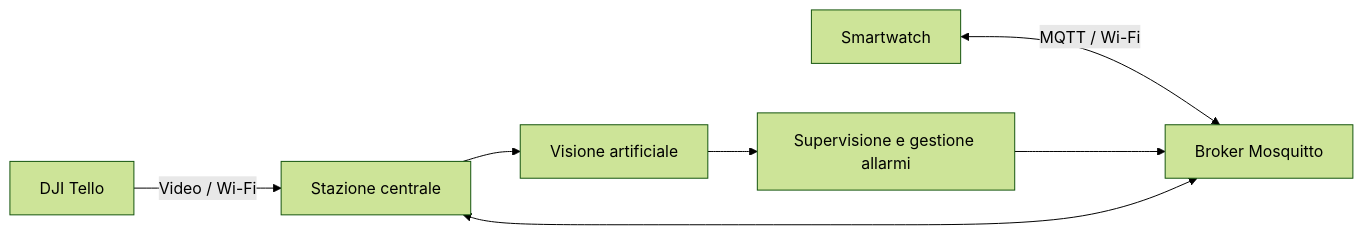
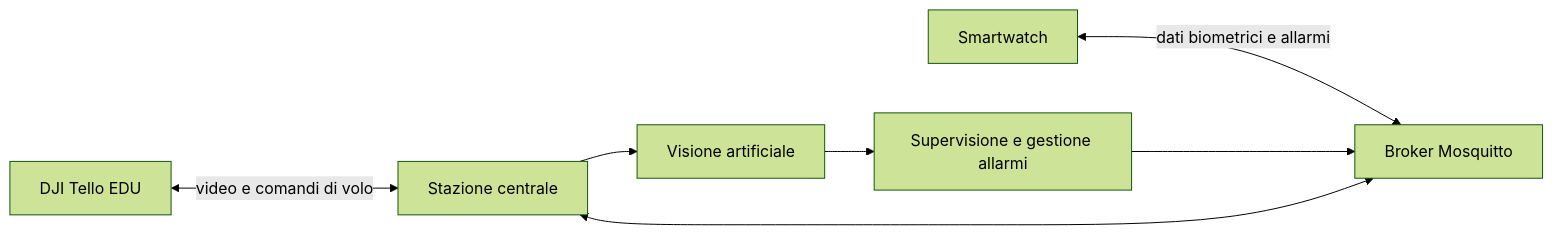
Before and after one commit to Tino-97/work-guardian-cps-dicita-maker-faire: the diagram in README.md, drawn with Mermaid (forest theme). The commit also changed other lines of this file and 2 other files, not shown here.

````diff
--- a/README.md
+++ b/README.md
@@ -21,10 +23,10 @@
 ```mermaid
 flowchart LR
-    D[DJI Tello] -->|Video / Wi-Fi| PC[Stazione centrale]
-    W[Smartwatch] <-->|MQTT / Wi-Fi| B[Broker Mosquitto]
+    D[DJI Tello EDU] <-->|video e comandi di volo| PC[Stazione centrale]
+    W[Smartwatch] <-->|dati biometrici e allarmi| B[Broker Mosquitto]
     B <--> PC
 
     PC --> V[Visione artificiale]
     V --> S[Supervisione e gestione allarmi]
     S --> B
 ```
````
